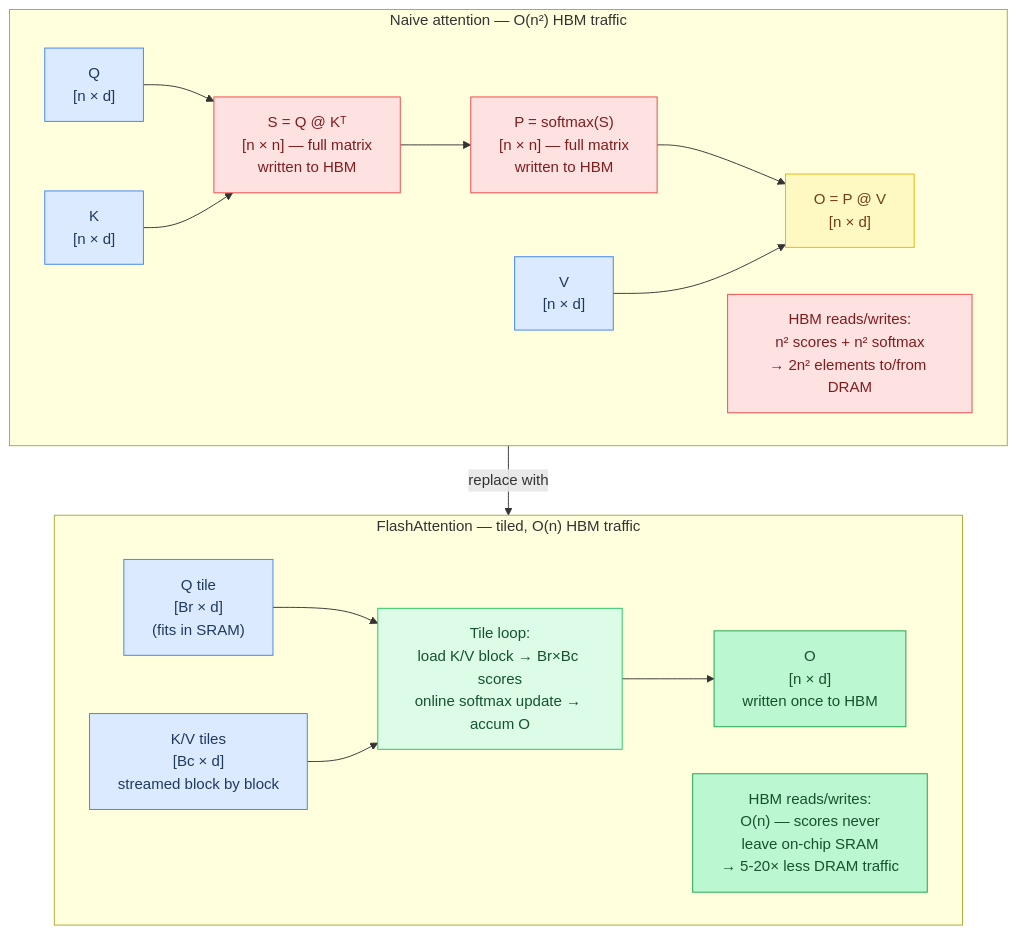
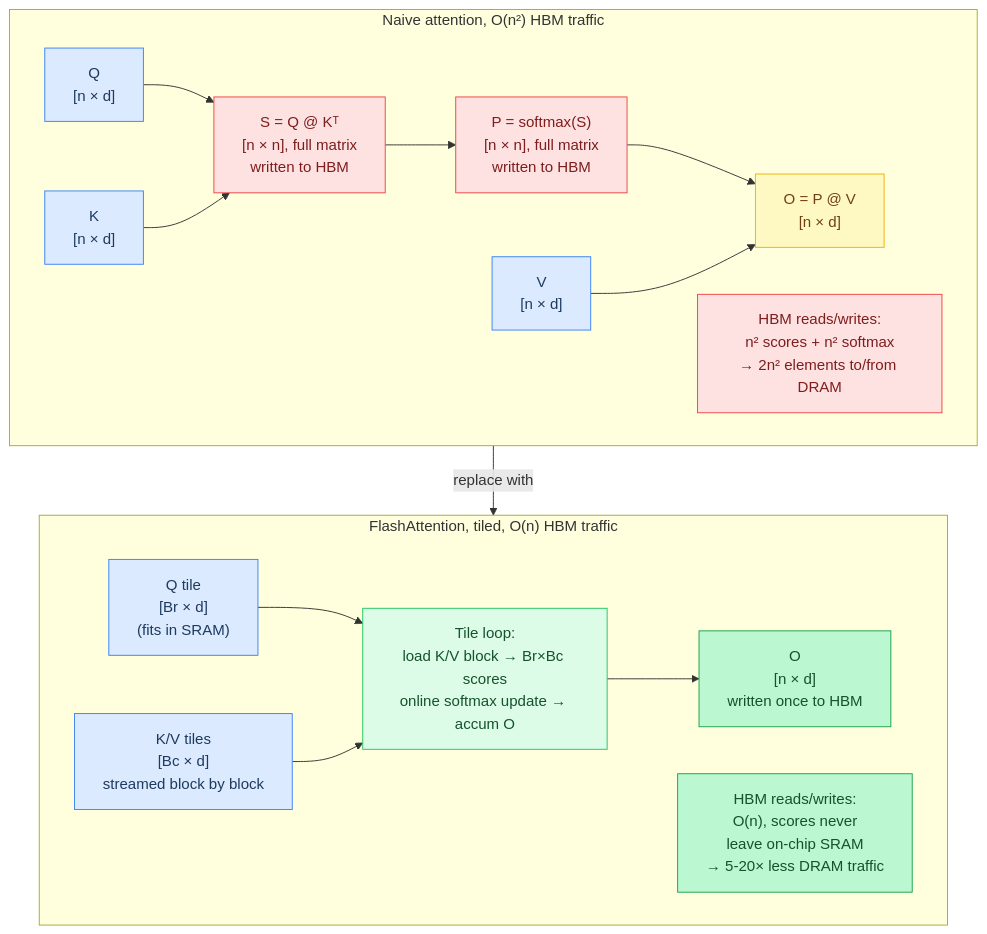
The sixth of 9 diagrams in docs/tutorial/02-the-transformer.md (maci0/agave), drawn with Mermaid before and after one commit. The commit also changed other lines of this file and 196 other files, not shown here.

````diff
--- a/docs/tutorial/02-the-transformer.md
+++ b/docs/tutorial/02-the-transformer.md
@@ -399,42 +399,42 @@
 ```mermaid
 flowchart TD
     classDef setup     fill:#dbeafe,stroke:#3b82f6,color:#1e3a5f
     classDef sync      fill:#dcfce7,stroke:#22c55e,color:#14532d
     classDef migration fill:#fef9c3,stroke:#eab308,color:#713f12
     classDef success   fill:#bbf7d0,stroke:#16a34a,color:#14532d
     classDef danger    fill:#fee2e2,stroke:#ef4444,color:#7f1d1d
     classDef optional  fill:#f3e8ff,stroke:#9333ea,color:#581c87
 
     NQ["Q\n[n × d]"]:::setup
     NK["K\n[n × d]"]:::setup
     NV["V\n[n × d]"]:::setup
-    NS["S = Q @ Kᵀ\n[n × n] — full matrix\nwritten to HBM"]:::danger
-    NP["P = softmax(S)\n[n × n] — full matrix\nwritten to HBM"]:::danger
+    NS["S = Q @ Kᵀ\n[n × n], full matrix\nwritten to HBM"]:::danger
+    NP["P = softmax(S)\n[n × n], full matrix\nwritten to HBM"]:::danger
     NO["O = P @ V\n[n × d]"]:::migration
     NMem["HBM reads/writes:\nn² scores + n² softmax\n→ 2n² elements to/from DRAM"]:::danger
     FQ["Q tile\n[Br × d]\n(fits in SRAM)"]:::setup
     FK["K/V tiles\n[Bc × d]\nstreamed block by block"]:::setup
     FTile["Tile loop:\nload K/V block → Br×Bc scores\nonline softmax update → accum O"]:::sync
     FO["O\n[n × d]\nwritten once to HBM"]:::success
-    FMem["HBM reads/writes:\nO(n) — scores never\nleave on-chip SRAM\n→ 5-20× less DRAM traffic"]:::success
+    FMem["HBM reads/writes:\nO(n), scores never\nleave on-chip SRAM\n→ 5-20× less DRAM traffic"]:::success
 
-    subgraph Naive["Naive attention — O(n²) HBM traffic"]
+    subgraph Naive["Naive attention, O(n²) HBM traffic"]
         direction LR
         NQ --> NS
         NK --> NS
         NS --> NP
         NP --> NO
         NV --> NO
         NMem
     end
 
-    subgraph Flash["FlashAttention — tiled, O(n) HBM traffic"]
+    subgraph Flash["FlashAttention, tiled, O(n) HBM traffic"]
         direction LR
         FQ --> FTile
         FK --> FTile
         FTile --> FO
         FMem
     end
 
     Naive -->|"replace with"| Flash
 ```
````
